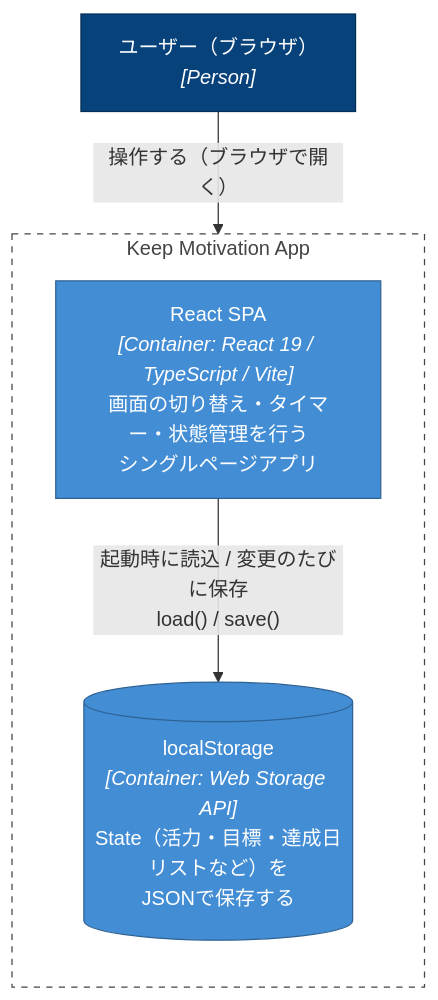
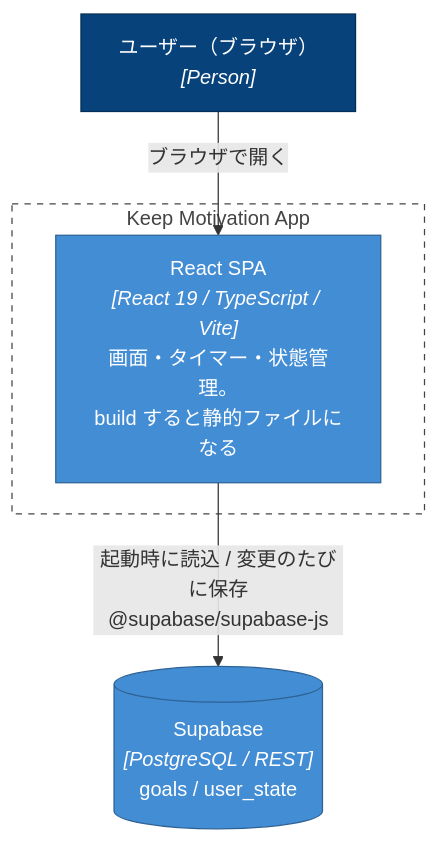
Before and after one commit to kuramochi703/keep-motivation-app: the second of 6 diagrams in ARCHITECTURE.md, drawn with Mermaid. The commit also changed other lines of this file and 11 other files, not shown here.

````diff
--- a/ARCHITECTURE.md
+++ b/ARCHITECTURE.md
@@ -37,23 +34,21 @@
 ```mermaid
 flowchart TB
     user["ユーザー（ブラウザ）<br/><i>[Person]</i>"]
 
     subgraph system["Keep Motivation App"]
-        direction TB
-        spa["React SPA<br/><i>[Container: React 19 / TypeScript / Vite]</i><br/>画面の切り替え・タイマー・状態管理を行う<br/>シングルページアプリ"]
-        storage[("localStorage<br/><i>[Container: Web Storage API]</i><br/>State（活力・目標・達成日リストなど）を<br/>JSONで保存する")]
+        spa["React SPA<br/><i>[React 19 / TypeScript / Vite]</i><br/>画面・タイマー・状態管理。<br/>build すると静的ファイルになる"]
     end
 
-    user -->|"操作する（ブラウザで開く）"| spa
-    spa -->|"起動時に読込 / 変更のたびに保存<br/>load() / save()"| storage
+    sb[("Supabase<br/><i>[PostgreSQL / REST]</i><br/>goals / user_state")]
+
+    user -->|"ブラウザで開く"| spa
+    spa -->|"起動時に読込 / 変更のたびに保存<br/>@supabase/supabase-js"| sb
 
     classDef person fill:#08427b,stroke:#052e56,color:#ffffff
     classDef container fill:#438dd5,stroke:#2e6295,color:#ffffff
-    classDef db fill:#438dd5,stroke:#2e6295,color:#ffffff
     classDef boundary fill:none,stroke:#444444,stroke-dasharray:5 5,color:#444444
 
     class user person
-    class spa container
-    class storage db
+    class spa,sb container
     class system boundary
 ```
````
